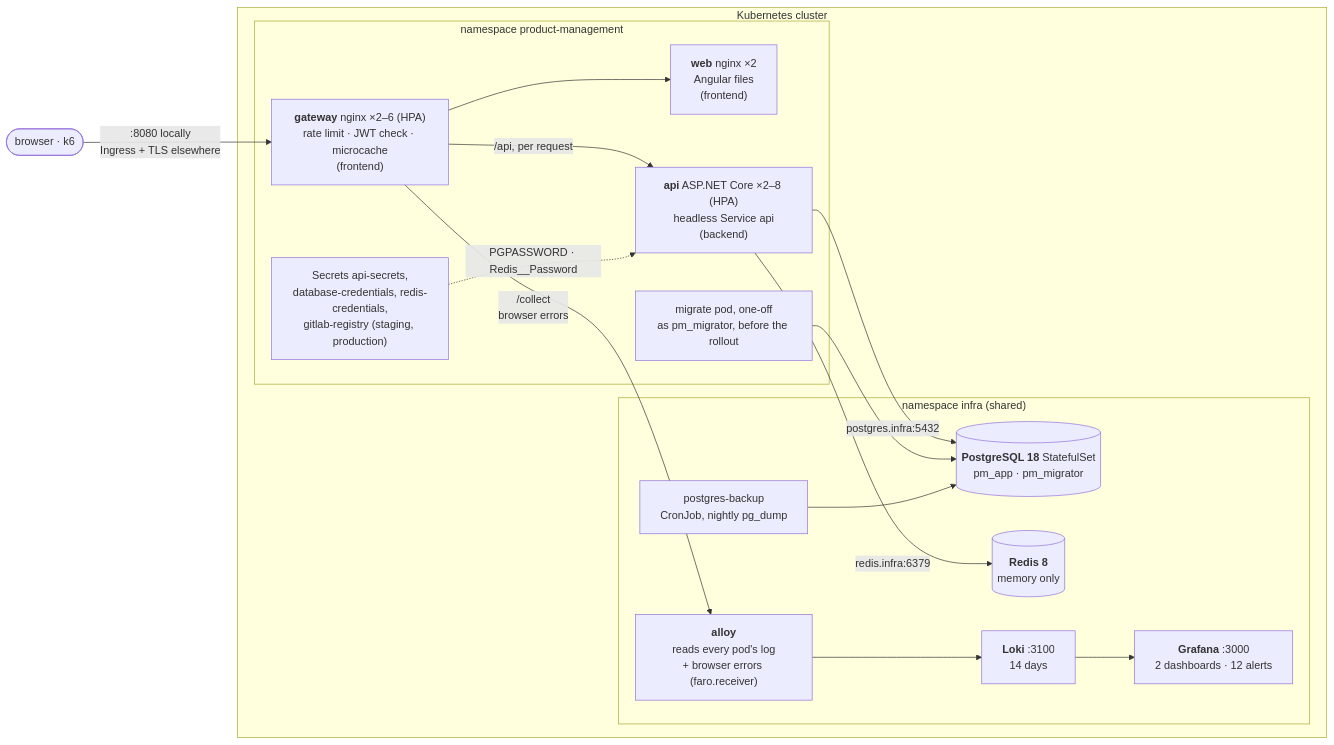
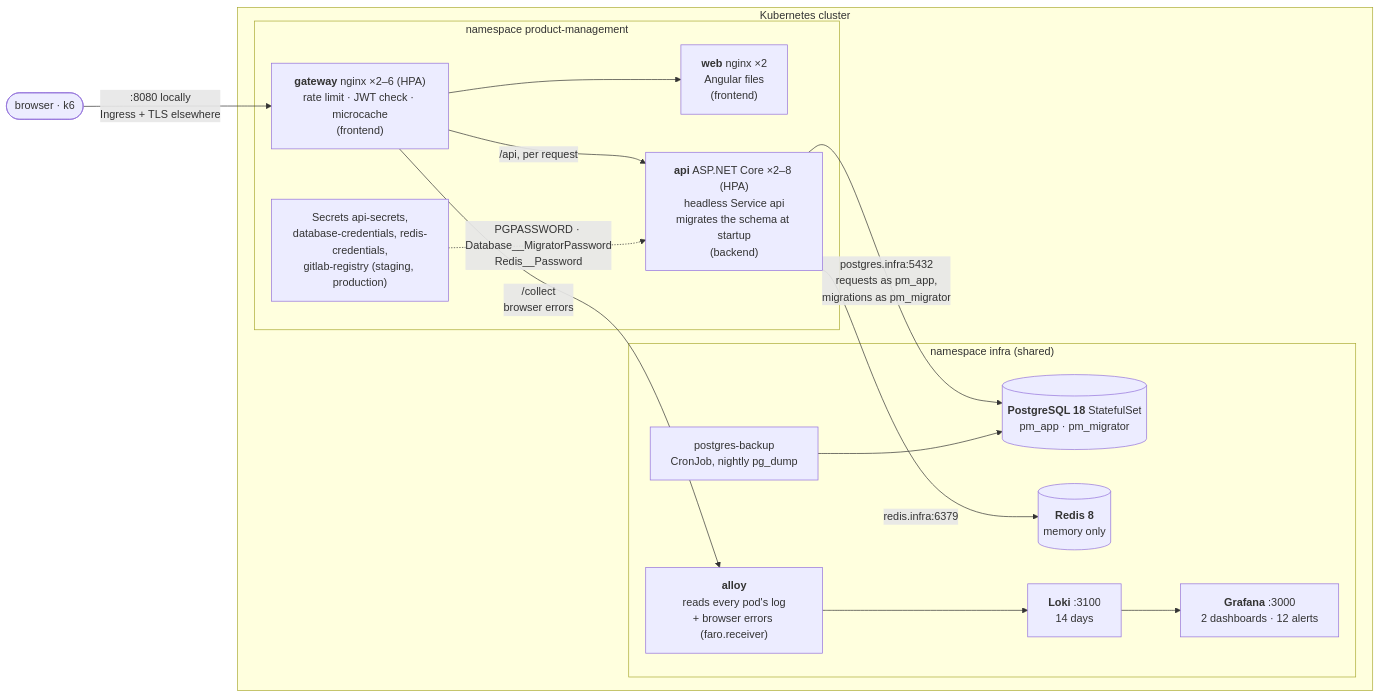
One commit to RubenCipriano/zeiss-product-management changed the first of 2 diagrams in docs/architecture.md. Above: the diagram before and after it, drawn with Mermaid. The commit also changed other lines of this file and 18 other files, not shown here.

Commit message:
docs: migrations at API startup

````diff
--- a/docs/architecture.md
+++ b/docs/architecture.md
@@ -40,33 +40,31 @@
 ```mermaid
 flowchart LR
     user(["browser · k6"]) -->|":8080 locally<br/>Ingress + TLS elsewhere"| gw
 
     subgraph cluster["Kubernetes cluster"]
         subgraph pm["namespace product-management"]
             gw["<b>gateway</b> nginx ×2–6 (HPA)<br/>rate limit · JWT check · microcache<br/>(frontend)"]
             web["<b>web</b> nginx ×2<br/>Angular files<br/>(frontend)"]
-            api["<b>api</b> ASP.NET Core ×2–8 (HPA)<br/>headless Service api<br/>(backend)"]
+            api["<b>api</b> ASP.NET Core ×2–8 (HPA)<br/>headless Service api<br/>migrates the schema at startup<br/>(backend)"]
             sec["Secrets api-secrets,<br/>database-credentials, redis-credentials,<br/>gitlab-registry (staging, production)"]
-            mig["migrate pod, one-off<br/>as pm_migrator, before the rollout"]
         end
         subgraph inf["namespace infra (shared)"]
             pg[("<b>PostgreSQL 18</b> StatefulSet<br/>pm_app · pm_migrator")]
             bk["postgres-backup<br/>CronJob, nightly pg_dump"]
             rd[("<b>Redis 8</b><br/>memory only")]
             alloy["<b>alloy</b><br/>reads every pod's log<br/>+ browser errors (faro.receiver)"]
             loki["<b>Loki</b> :3100<br/>14 days"]
             graf["<b>Grafana</b> :3000<br/>2 dashboards · 12 alerts"]
         end
     end
 
     gw --> web
     gw -->|"/api, per request"| api
-    sec -.->|"PGPASSWORD · Redis__Password"| api
-    api -->|"postgres.infra:5432"| pg
+    sec -.->|"PGPASSWORD · Database__MigratorPassword<br/>Redis__Password"| api
+    api -->|"postgres.infra:5432<br/>requests as pm_app,<br/>migrations as pm_migrator"| pg
     api -->|"redis.infra:6379"| rd
-    mig --> pg
     bk --> pg
     gw -->|"/collect<br/>browser errors"| alloy
     alloy --> loki
     loki --> graf
 ```
````
